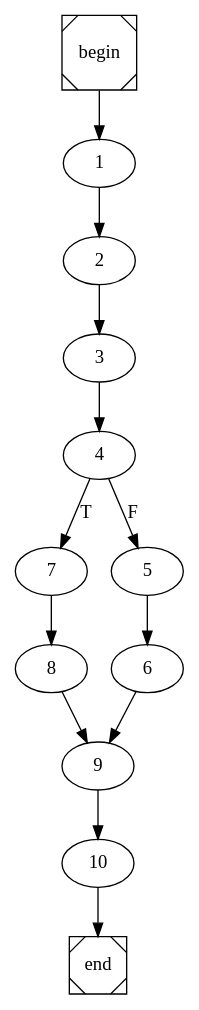
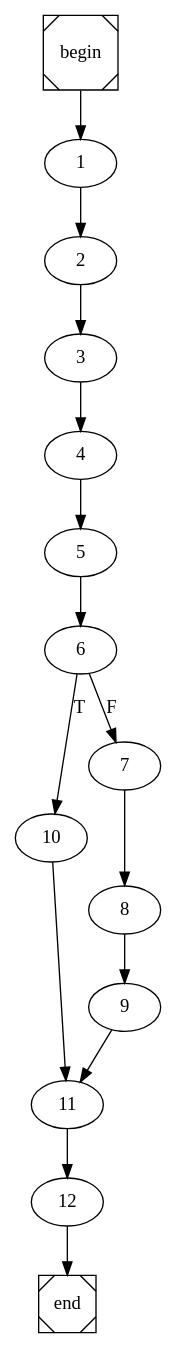
Before and after one commit to TheZambi/COMP: the diagram in main.dot, drawn with Graphviz. The commit also changed 4 other files, not shown here.

```diff
--- a/main.dot
+++ b/main.dot
@@ -1,4 +1,4 @@
 digraph cfg {
 	begin [shape=Msquare];
 	end [shape=Msquare];
-	begin -> 1;	1 -> 2;	2 -> 3;	3 -> 4;	4 -> 7[label=T];	4 -> 5[label=F];	5 -> 6;	6 -> 9;	7 -> 8;	8 -> 9;	9 -> 10;	10 -> end;}
+	begin -> 1;	1 -> 2;	2 -> 3;	3 -> 4;	4 -> 5;	5 -> 6;	6 -> 10[label=T];	6 -> 7[label=F];	7 -> 8;	8 -> 9;	9 -> 11;	10 -> 11;	11 -> 12;	12 -> end;}
```
